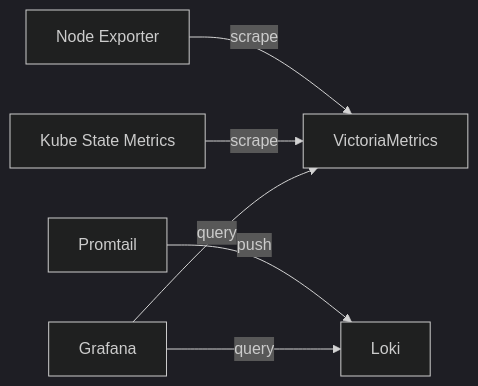
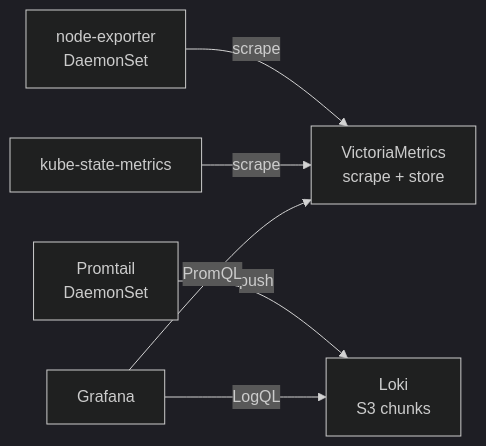
Before and after one commit to kbntx-org/nexus: the diagram in docs/src/platform/observability/01-overview.md, drawn with Mermaid. The commit also changed other lines of this file and 15 other files, not shown here.

````diff
--- a/docs/src/platform/observability/01-overview.md
+++ b/docs/src/platform/observability/01-overview.md
@@ -20,9 +74,17 @@
 ```mermaid
 %%{init: {'theme':'dark'}}%%
 graph LR
-    NE[Node Exporter] -->|scrape| VM[VictoriaMetrics]
-    KSM[Kube State Metrics] -->|scrape| VM
+    NodeExporter[node-exporter<br/>DaemonSet]
+    KubeStateMetrics[kube-state-metrics]
+    Promtail[Promtail<br/>DaemonSet]
+
+    VictoriaMetrics[VictoriaMetrics<br/>scrape + store]
+    Loki[Loki<br/>S3 chunks]
+    Grafana
+
+    NodeExporter -->|scrape| VictoriaMetrics
+    KubeStateMetrics -->|scrape| VictoriaMetrics
     Promtail -->|push| Loki
-    Grafana -->|query| VM
-    Grafana -->|query| Loki
+    Grafana -->|PromQL| VictoriaMetrics
+    Grafana -->|LogQL| Loki
 ```
````
